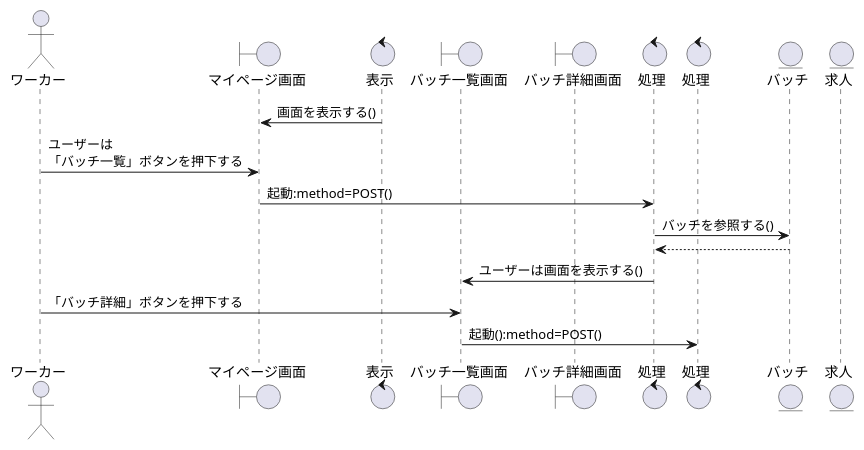
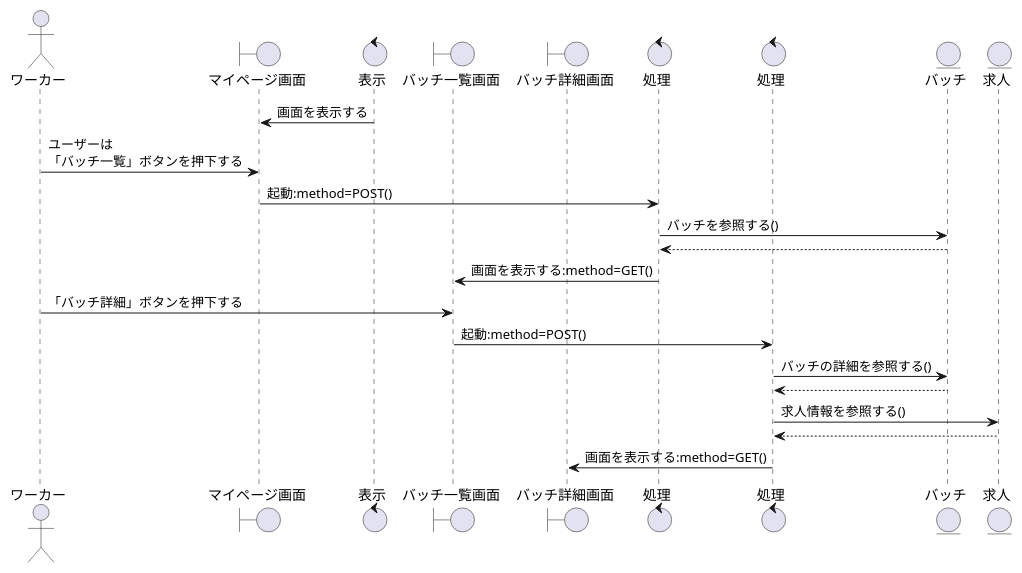
One commit to irukacb256/high_Me changed the diagram in sequence_fig/7_acconts_fn/08_バッチ一覧を閲覧する.pu. Above: the diagram before and after it, drawn with PlantUML. The commit also changed 26 other files, not shown here.

```diff
--- a/sequence_fig/7_acconts_fn/08_バッチ一覧を閲覧する.pu
+++ b/sequence_fig/7_acconts_fn/08_バッチ一覧を閲覧する.pu
@@ -1,27 +1,32 @@
 @startuml バッチ一覧を閲覧する
 
 actor ワーカー as wo1
 
 boundary マイページ画面 as bo1
 control 表示 as co1
 boundary バッチ一覧画面 as bo2
 boundary バッチ詳細画面 as bo3
 
 control 処理 as co2
 control 処理 as co3
 
 entity バッチ as en1
 entity 求人 as en2 
 
-co1 -> bo1:画面を表示する()
+co1 -> bo1:画面を表示する
 wo1 -> bo1:ユーザーは\n「バッチ一覧」ボタンを押下する
 bo1 -> co2:起動:method=POST()
 co2 -> en1:バッチを参照する()
 en1 --> co2
 
-co2 -> bo2:ユーザーは画面を表示する()
+co2 -> bo2:画面を表示する:method=GET()
 
 wo1 -> bo2:「バッチ詳細」ボタンを押下する
-bo2 -> co3:起動():method=POST()
+bo2 -> co3:起動:method=POST()
+co3 -> en1:バッチの詳細を参照する()
+co3 <-- en1
+co3 -> en2:求人情報を参照する()
+co3 <-- en2
+co3 -> bo3:画面を表示する:method=GET()
 
 @enduml
```
